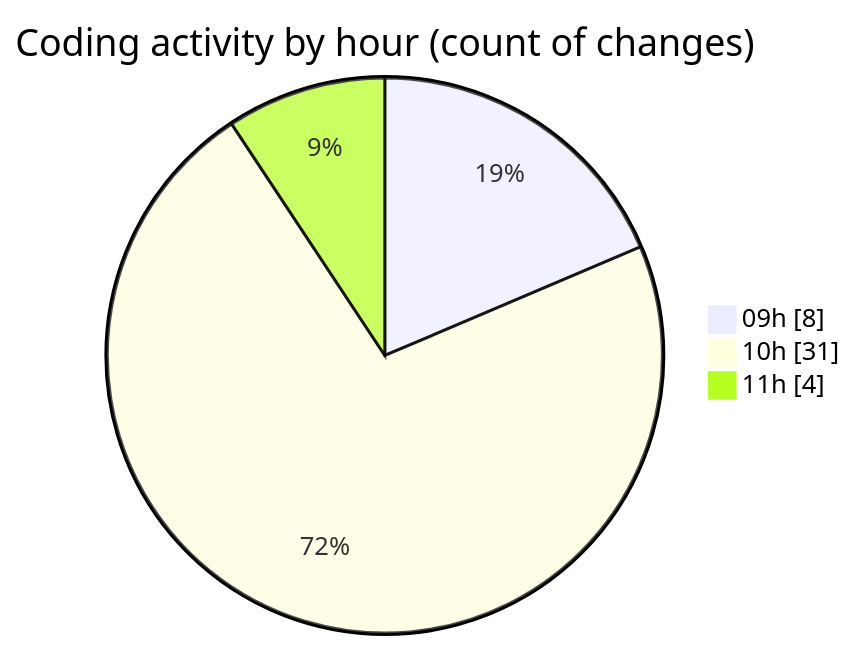
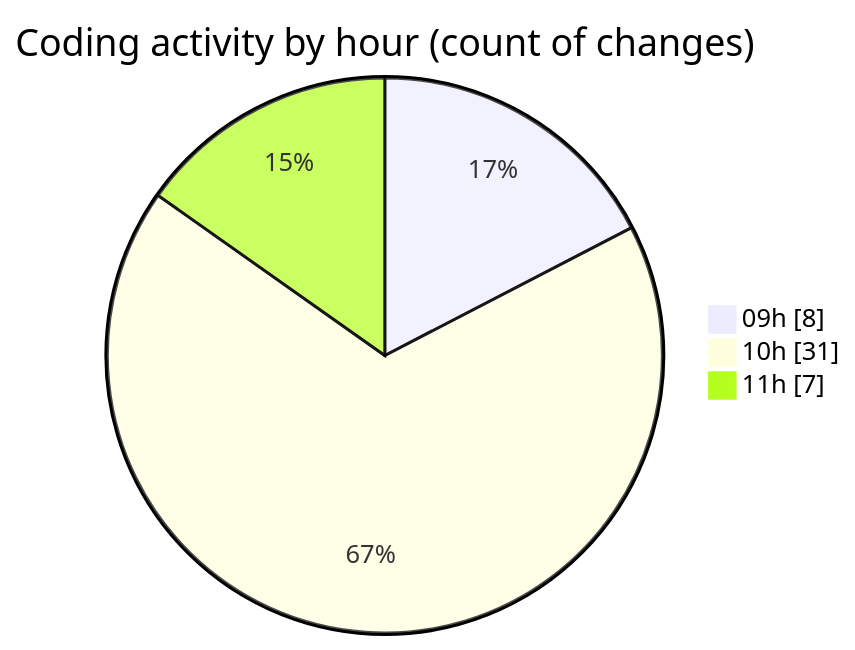
Before and after one commit to momahboobian/code-tracking: the second of 2 diagrams in 2025-06-12/cda/README.md, drawn with Mermaid. The commit also changed other lines of this file and 1 other file, not shown here.

````diff
--- a/2025-06-12/cda/README.md
+++ b/2025-06-12/cda/README.md
@@ -28,7 +29,7 @@
 ```mermaid
 pie showData
 title Coding activity by hour (count of changes)
 "09h" : 8
 "10h" : 31
-"11h" : 4
+"11h" : 7
 ```
````
